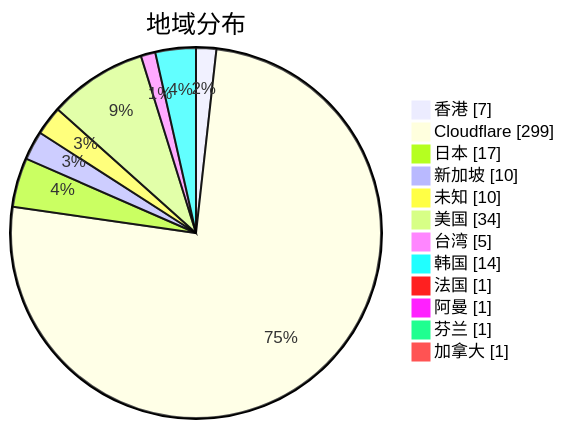
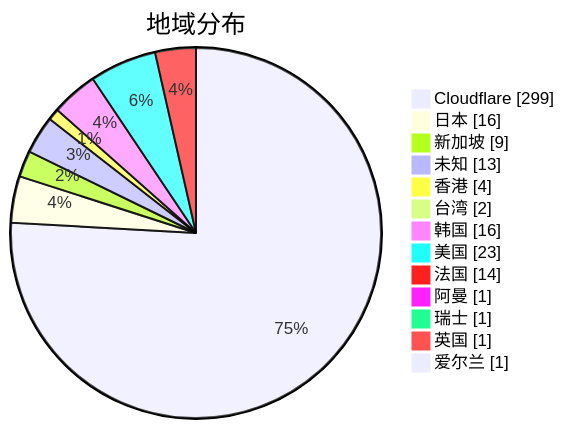
The second of 3 diagrams in subs/statistics/tested_within.md (qjlxg/airport), drawn with Mermaid before and after one commit. The commit also changed other lines of this file and 2 other files, not shown here.

````diff
--- a/subs/statistics/tested_within.md
+++ b/subs/statistics/tested_within.md
@@ -14,16 +14,17 @@
 ```mermaid
 pie showData
 title 地域分布
-"香港" : 7
 "Cloudflare" : 299
-"日本" : 17
-"新加坡" : 10
-"未知" : 10
-"美国" : 34
-"台湾" : 5
-"韩国" : 14
-"法国" : 1
+"日本" : 16
+"新加坡" : 9
+"未知" : 13
+"香港" : 4
+"台湾" : 2
+"韩国" : 16
+"美国" : 23
+"法国" : 14
 "阿曼" : 1
-"芬兰" : 1
-"加拿大" : 1
+"瑞士" : 1
+"英国" : 1
+"爱尔兰" : 1
 ```
````
